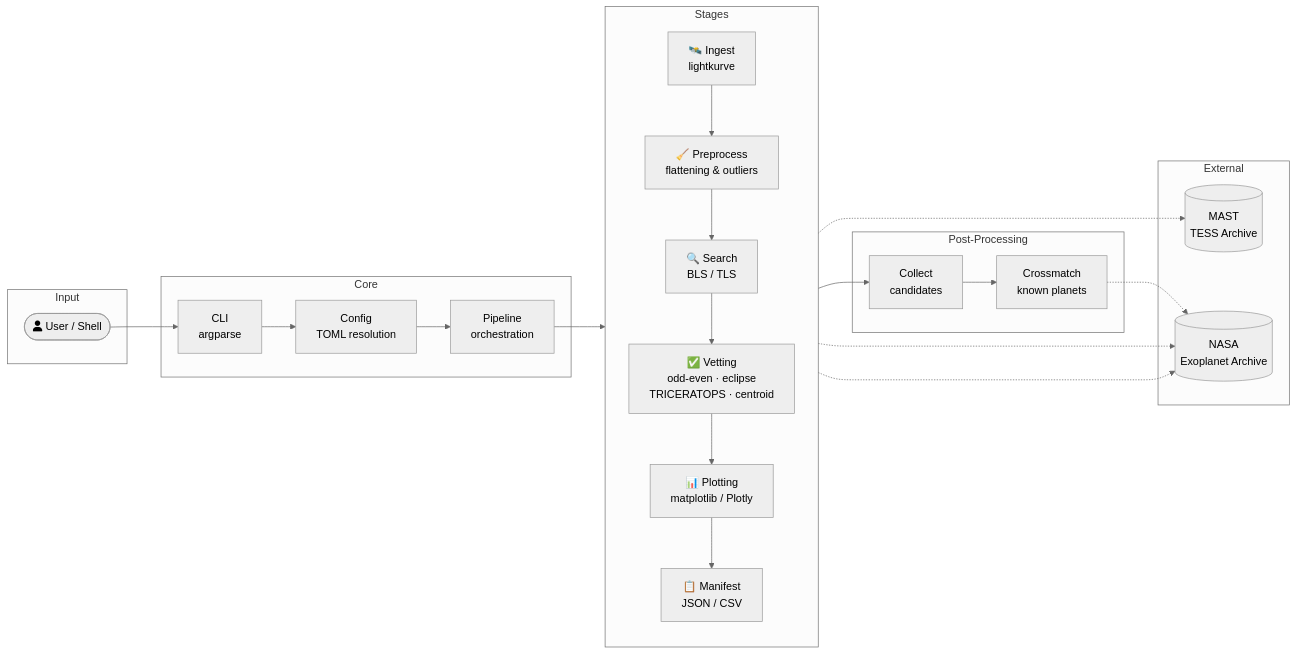
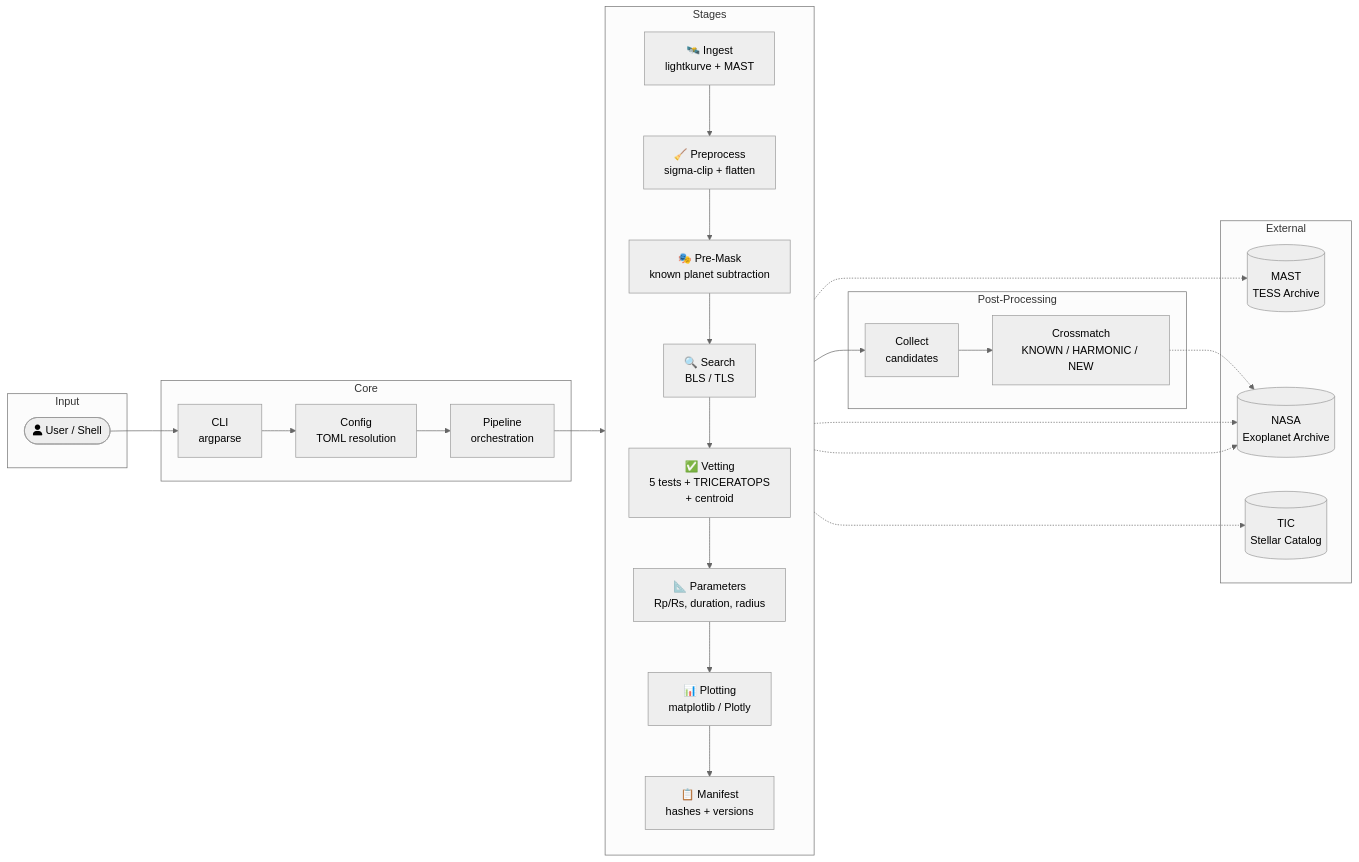
The first of 2 diagrams in README.md (gbFinch/exoplanets-hunting-pipeline), drawn with Mermaid (neutral theme) before and after one commit. The commit also changed other lines of this file, not shown here.

````diff
--- a/README.md
+++ b/README.md
@@ -98,40 +191,44 @@
 ```mermaid
 flowchart LR
     subgraph Input
         User([fa:fa-user User / Shell])
     end
 
     subgraph Core
         CLI[CLI\nargparse]
         Config[Config\nTOML resolution]
         Pipeline[Pipeline\norchestration]
     end
 
     subgraph Stages
         direction TB
-        Ingest[🛰️ Ingest\nlightkurve]
-        Preprocess[🧹 Preprocess\nflattening & outliers]
+        Ingest[🛰️ Ingest\nlightkurve + MAST]
+        Preprocess[🧹 Preprocess\nsigma-clip + flatten]
+        Mask[🎭 Pre-Mask\nknown planet subtraction]
         Search[🔍 Search\nBLS / TLS]
-        Vet[✅ Vetting\nodd-even · eclipse\nTRICERATOPS · centroid]
+        Vet[✅ Vetting\n5 tests + TRICERATOPS\n+ centroid]
+        Params[📐 Parameters\nRp/Rs, duration, radius]
         Plot[📊 Plotting\nmatplotlib / Plotly]
-        Manifest[📋 Manifest\nJSON / CSV]
+        Manifest[📋 Manifest\nhashes + versions]
     end
 
     subgraph External
         MAST[(MAST\nTESS Archive)]
         NASA[(NASA\nExoplanet Archive)]
+        TIC[(TIC\nStellar Catalog)]
     end
 
     subgraph Post[Post-Processing]
         Collect[Collect\ncandidates]
-        Cross[Crossmatch\nknown planets]
+        Cross[Crossmatch\nKNOWN / HARMONIC / NEW]
     end
 
     User --> CLI --> Config --> Pipeline
-    Pipeline --> Ingest --> Preprocess --> Search --> Vet --> Plot --> Manifest
+    Pipeline --> Ingest --> Preprocess --> Mask --> Search --> Vet --> Params --> Plot --> Manifest
     Ingest -.-> MAST
-    Search -.-> NASA
+    Mask -.-> NASA
+    Search -.-> TIC
     Vet -.-> NASA
     Manifest --> Collect --> Cross
     Cross -.-> NASA
 ```
````
